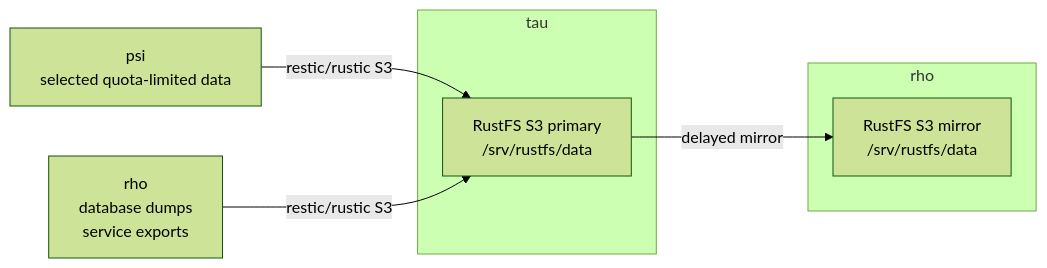
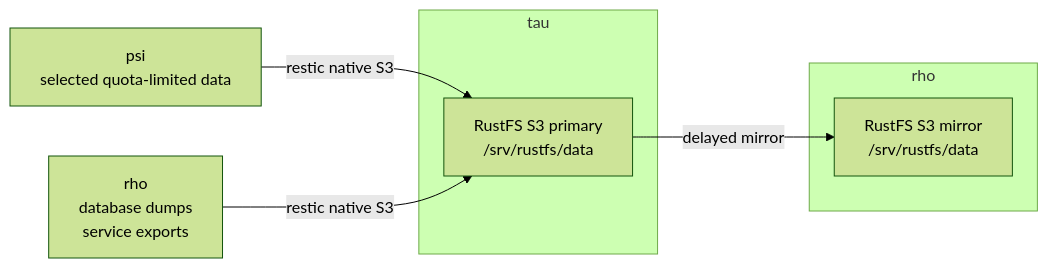
One commit to SBEE-Lab/infra changed the second of 2 diagrams in docs/admin/backup.md. Above: the diagram before and after it, drawn with Mermaid (forest theme). The commit also changed other lines of this file and 10 other files, not shown here.

First line of the commit message:
backups: protect psi data with restic over S3

````diff
--- a/docs/admin/backup.md
+++ b/docs/admin/backup.md
@@ -22,17 +22,17 @@
 ```mermaid
 flowchart LR
   psi["psi<br/>selected quota-limited data"]
   rho_src["rho<br/>database dumps<br/>service exports"]
 
   subgraph tau["tau"]
     tau_s3["RustFS S3 primary<br/>/srv/rustfs/data"]
   end
 
   subgraph rho["rho"]
     rho_s3["RustFS S3 mirror<br/>/srv/rustfs/data"]
   end
 
-  psi -- "restic/rustic S3" --> tau_s3
-  rho_src -- "restic/rustic S3" --> tau_s3
+  psi -- "restic native S3" --> tau_s3
+  rho_src -- "restic native S3" --> tau_s3
   tau_s3 -- "delayed mirror" --> rho_s3
 ```
````
